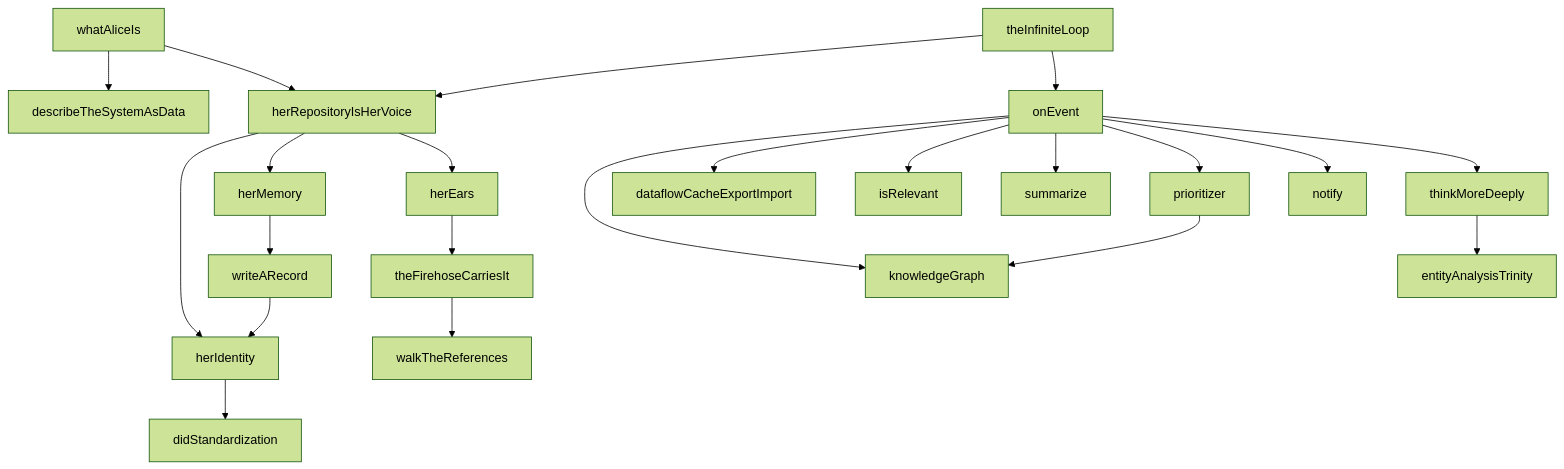
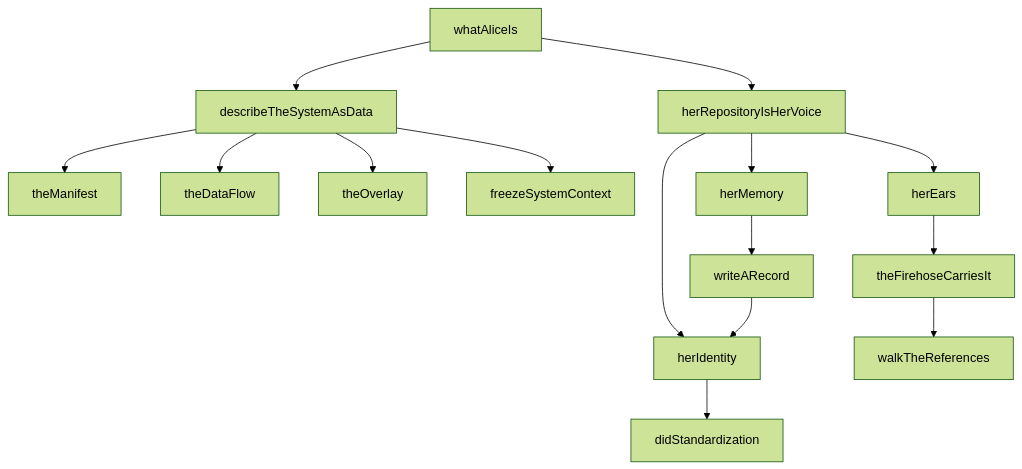
Before and after one commit to publicdomainrelay/open-architecture: the first of 10 diagrams in ARCHITECTURE_REPORT.md, drawn with Mermaid (forest theme). The commit also changed other lines of this file and 2 other files, not shown here.

````diff
--- a/ARCHITECTURE_REPORT.md
+++ b/ARCHITECTURE_REPORT.md
@@ -73,24 +76,17 @@
 ```mermaid
 graph TD
   whatAliceIs --> describeTheSystemAsData
   whatAliceIs --> herRepositoryIsHerVoice
-  theInfiniteLoop --> herRepositoryIsHerVoice
-  theInfiniteLoop --> onEvent
+  describeTheSystemAsData --> theManifest
+  describeTheSystemAsData --> theDataFlow
+  describeTheSystemAsData --> theOverlay
+  describeTheSystemAsData --> freezeSystemContext
   herRepositoryIsHerVoice --> herIdentity
   herRepositoryIsHerVoice --> herMemory
   herRepositoryIsHerVoice --> herEars
   herIdentity --> didStandardization
   herMemory --> writeARecord
   writeARecord --> herIdentity
   herEars --> theFirehoseCarriesIt
   theFirehoseCarriesIt --> walkTheReferences
-  onEvent --> knowledgeGraph
-  onEvent --> dataflowCacheExportImport
-  onEvent --> isRelevant
-  onEvent --> summarize
-  onEvent --> prioritizer
-  onEvent --> notify
-  onEvent --> thinkMoreDeeply
-  prioritizer --> knowledgeGraph
-  thinkMoreDeeply --> entityAnalysisTrinity
 ```
````
